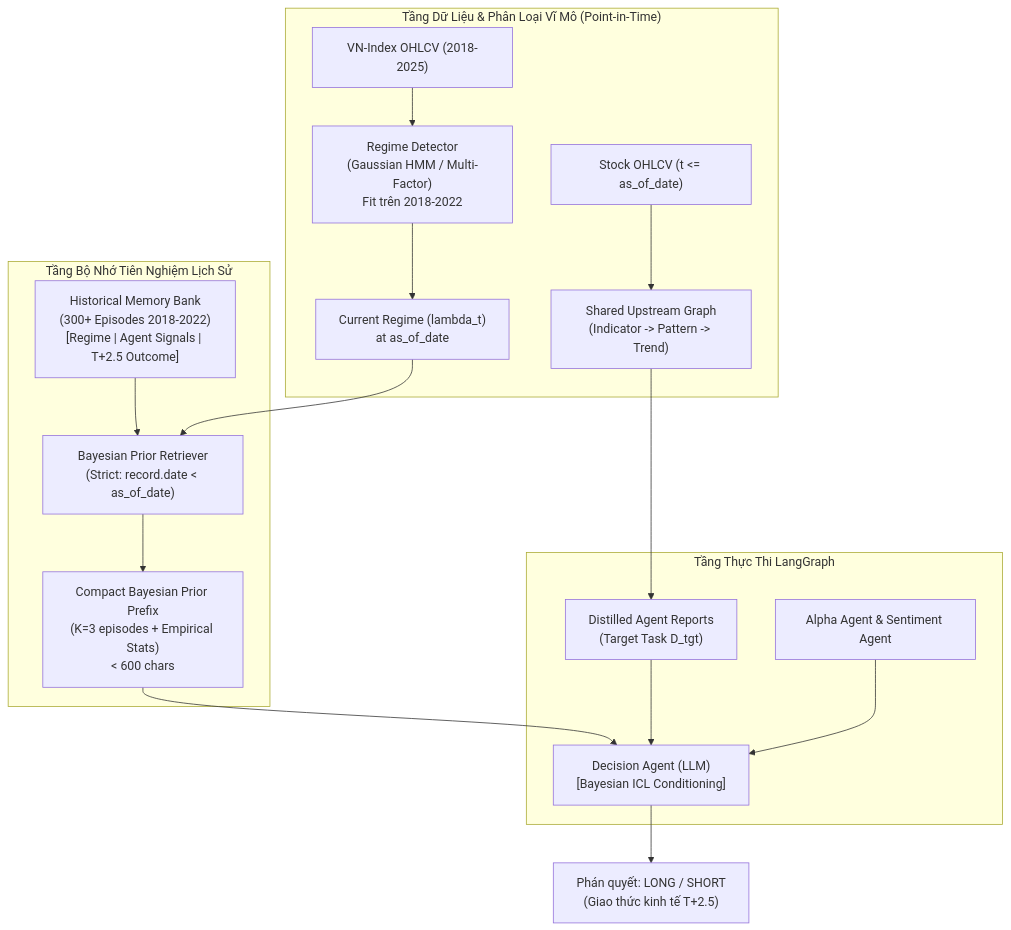
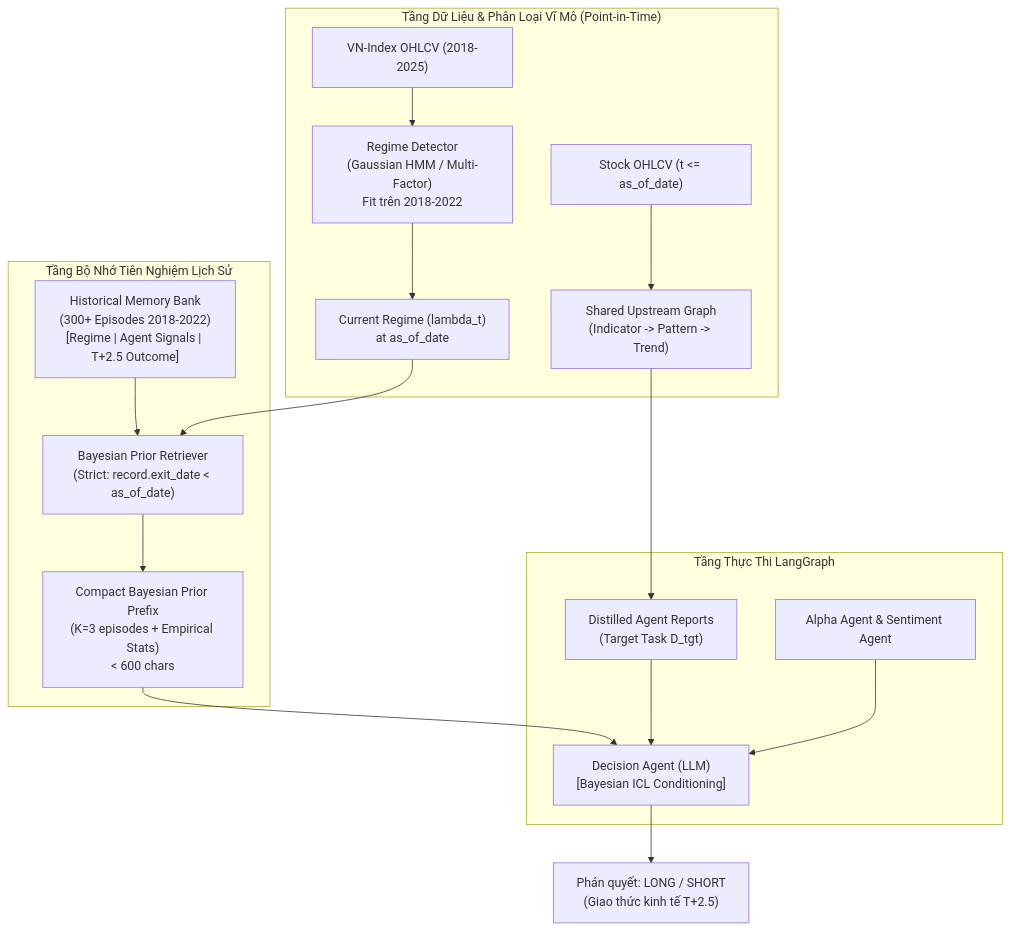
Before and after one commit to DungPhanHoangg05/A-Multi-Agent-Large-Language-Model-Approach-to-Price-Driven-Stock-Trading-in-the-Vietnamese-Stock-Ma: the diagram in docs/plan/plan.md, drawn with Mermaid. The commit also changed other lines of this file and 5 other files, not shown here.

Commit message:
docs(plan): detail Bayesian retrieval and prior prefix implementation

````diff
--- a/docs/plan/plan.md
+++ b/docs/plan/plan.md
@@ -123,24 +123,24 @@
 ```mermaid
 flowchart TD
     subgraph Data_Layer["Tầng Dữ Liệu & Phân Loại Vĩ Mô (Point-in-Time)"]
         VNIndex["VN-Index OHLCV (2018-2025)"] --> RegDetect["Regime Detector\n(Gaussian HMM / Multi-Factor)\nFit trên 2018-2022"]
         StockData["Stock OHLCV (t <= as_of_date)"] --> UpstreamGraph
         RegDetect --> CurrentRegime["Current Regime (lambda_t)\nat as_of_date"]
     end
 
     subgraph Memory_Layer["Tầng Bộ Nhớ Tiên Nghiệm Lịch Sử"]
         HistEpisodes["Historical Memory Bank\n(300+ Episodes 2018-2022)\n[Regime | Agent Signals | T+2.5 Outcome]"]
-        CurrentRegime --> BayRetriever["Bayesian Prior Retriever\n(Strict: record.date < as_of_date)"]
+        CurrentRegime --> BayRetriever["Bayesian Prior Retriever\n(Strict: record.exit_date < as_of_date)"]
         HistEpisodes --> BayRetriever
         BayRetriever --> PriorPrefix["Compact Bayesian Prior Prefix\n(K=3 episodes + Empirical Stats)\n< 600 chars"]
     end
 
     subgraph LangGraph_Execution["Tầng Thực Thi LangGraph"]
         UpstreamGraph["Shared Upstream Graph\n(Indicator -> Pattern -> Trend)"] --> AgentReports["Distilled Agent Reports\n(Target Task D_tgt)"]
         PriorPrefix --> DecAgent["Decision Agent (LLM)\n[Bayesian ICL Conditioning]"]
         AgentReports --> DecAgent
         AlphaSent["Alpha Agent & Sentiment Agent"] --> DecAgent
     end
 
     DecAgent --> OutputDecision["Phán quyết: LONG / SHORT\n(Giao thức kinh tế T+2.5)"]
 ```
````
